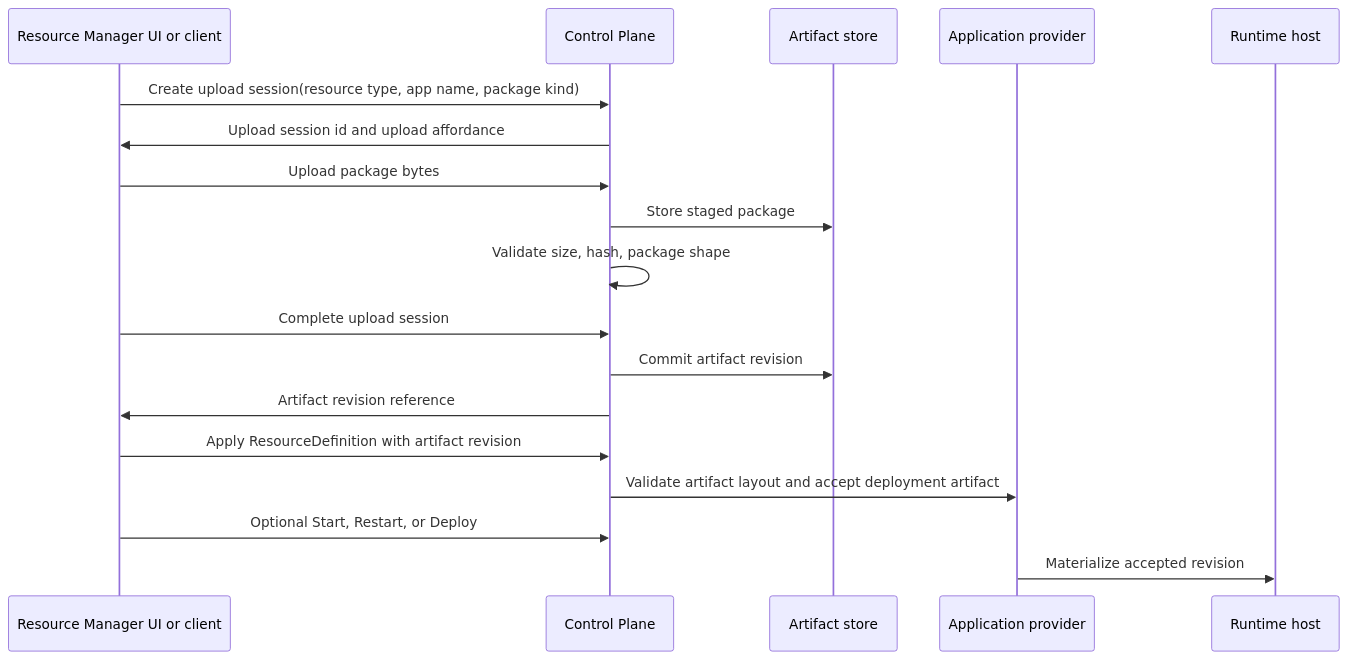
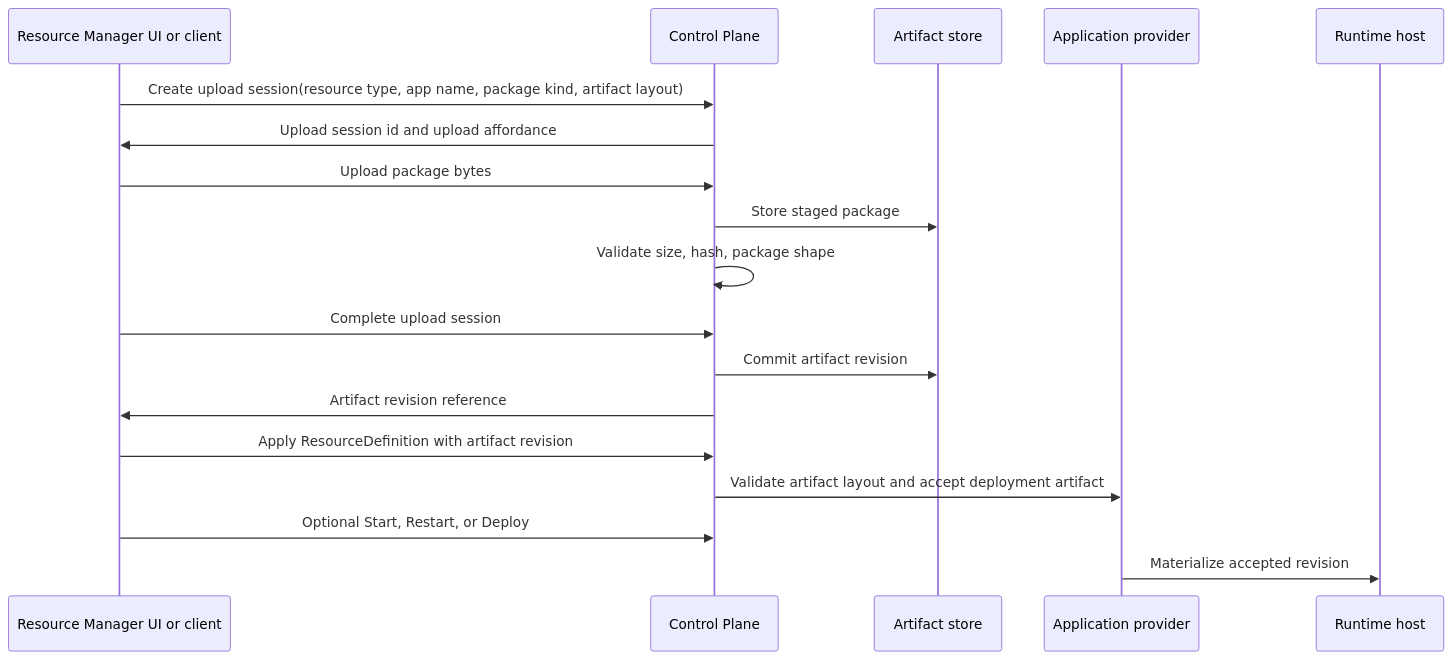
Before and after one commit to marinasundstrom/CloudShell: the diagram in docs/proposals/core/deployment-artifacts.md, drawn with Mermaid. The commit also changed other lines of this file and 5 other files, not shown here.

Commit message:
Track deployment artifact layout metadata

````diff
--- a/docs/proposals/core/deployment-artifacts.md
+++ b/docs/proposals/core/deployment-artifacts.md
@@ -269,21 +300,21 @@
 ```mermaid
 sequenceDiagram
     participant UI as Resource Manager UI or client
     participant CP as Control Plane
     participant Store as Artifact store
     participant Provider as Application provider
     participant Runtime as Runtime host
 
-    UI->>CP: Create upload session(resource type, app name, package kind)
+    UI->>CP: Create upload session(resource type, app name, package kind, artifact layout)
     CP->>UI: Upload session id and upload affordance
     UI->>CP: Upload package bytes
     CP->>Store: Store staged package
     CP->>CP: Validate size, hash, package shape
     UI->>CP: Complete upload session
     CP->>Store: Commit artifact revision
     CP->>UI: Artifact revision reference
     UI->>CP: Apply ResourceDefinition with artifact revision
     CP->>Provider: Validate artifact layout and accept deployment artifact
     UI->>CP: Optional Start, Restart, or Deploy
     Provider->>Runtime: Materialize accepted revision
 ```
````
